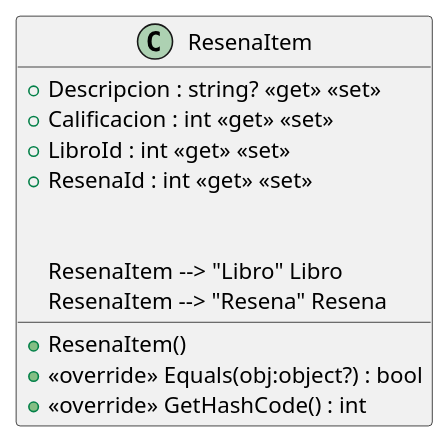
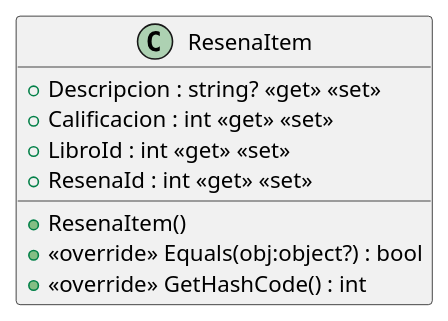
One commit to ISII2627NPA/ISII2627NPA changed the diagram in src/AppForSEII.API/ClassDiagram/ResenaItem.puml. Above: the diagram before and after it, drawn with PlantUML.

Commit message:
Cambio en el modelaje del diagrama de clases

```diff
--- a/src/AppForSEII.API/ClassDiagram/ResenaItem.puml
+++ b/src/AppForSEII.API/ClassDiagram/ResenaItem.puml
@@ -1,15 +1,13 @@
 @startuml
 class ResenaItem {
     + ResenaItem()
     + Descripcion : string? <<get>> <<set>>
     + Calificacion : int <<get>> <<set>>
     + LibroId : int <<get>> <<set>>
     + ResenaId : int <<get>> <<set>>
     + <<override>> Equals(obj:object?) : bool
     + <<override>> GetHashCode() : int
 
 
-    ResenaItem --> "Libro" Libro
-    ResenaItem --> "Resena" Resena
 }
 @enduml
```
